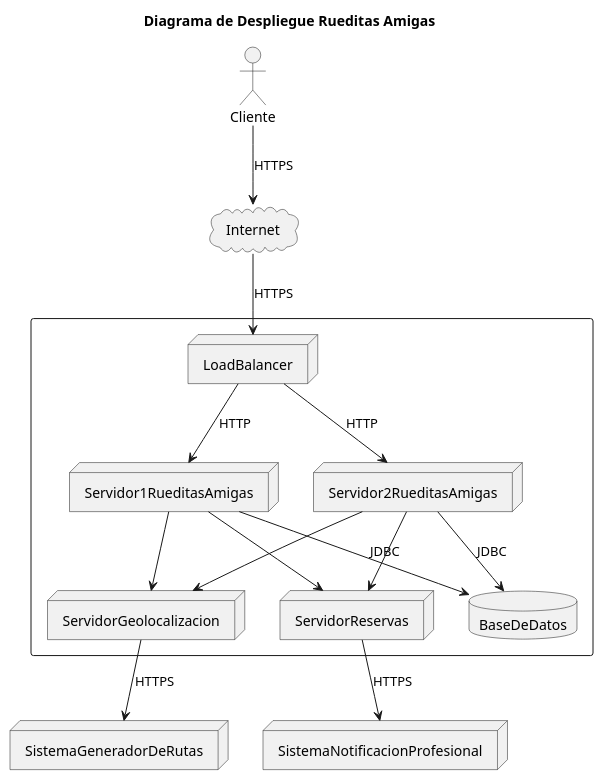
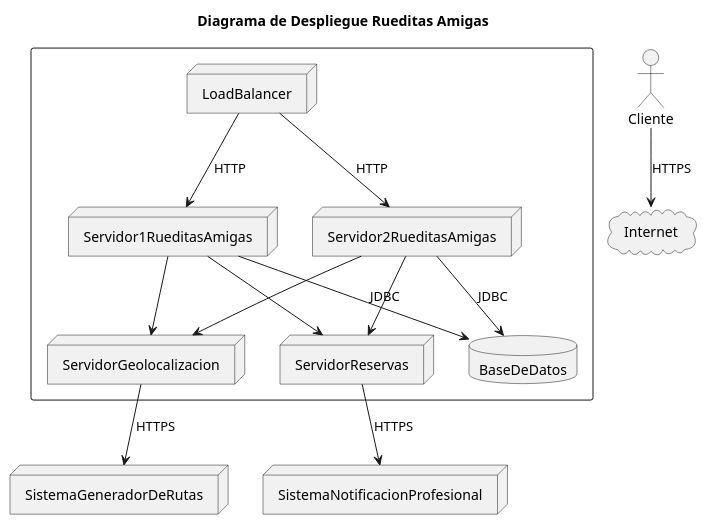
The diagram in diagrams/DiagramaDeDespliegue.puml (lrizzitano/RueditasAmigasDespliegue), drawn with PlantUML before and after one commit.

```diff
--- a/diagrams/DiagramaDeDespliegue.puml
+++ b/diagrams/DiagramaDeDespliegue.puml
@@ -1,35 +1,34 @@
 @startuml
 'https://plantuml.com/deployment-diagram
 
 title Diagrama de Despliegue Rueditas Amigas
 
 node "SistemaGeneradorDeRutas"
 actor "Cliente"
 cloud "Internet"
 node "SistemaNotificacionProfesional"
 
 
 rectangle  {
 node "LoadBalancer"
 node "Servidor1RueditasAmigas"
 node "Servidor2RueditasAmigas"
 node "ServidorGeolocalizacion"
 node "ServidorReservas"
 database "BaseDeDatos"
 }
 
 "LoadBalancer" --> "Servidor1RueditasAmigas" : HTTP
 "LoadBalancer" --> "Servidor2RueditasAmigas" : HTTP
 "Servidor1RueditasAmigas" --> "BaseDeDatos" : JDBC
 "Servidor2RueditasAmigas" --> "BaseDeDatos" : JDBC
 "Servidor1RueditasAmigas" --> "ServidorGeolocalizacion"
 "Servidor2RueditasAmigas" --> "ServidorGeolocalizacion"
 "Servidor1RueditasAmigas" --> "ServidorReservas"
 "Servidor2RueditasAmigas" --> "ServidorReservas"
 "Cliente" --> "Internet" : HTTPS
-"Internet" --> "LoadBalancer" : HTTPS
 "ServidorGeolocalizacion" --> "SistemaGeneradorDeRutas": HTTPS
 "ServidorReservas" --> "SistemaNotificacionProfesional"  : HTTPS
 
 
 @enduml
```
